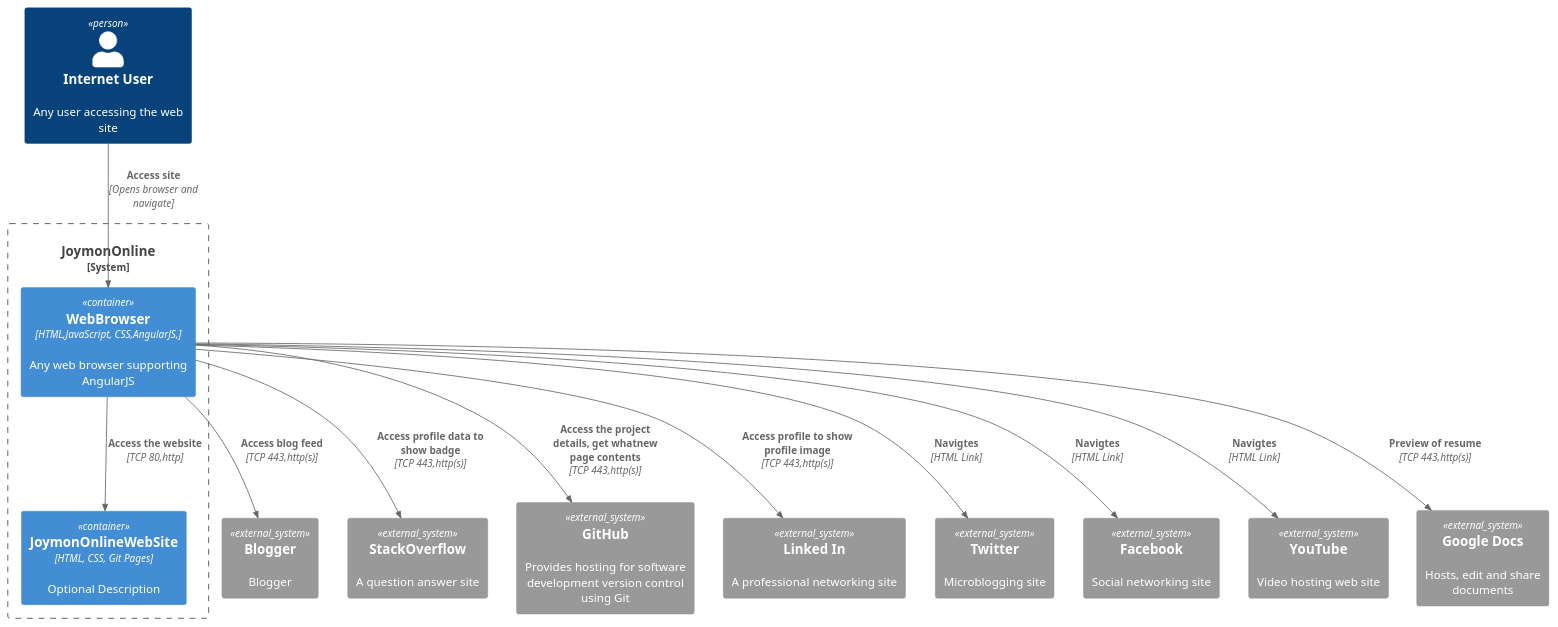
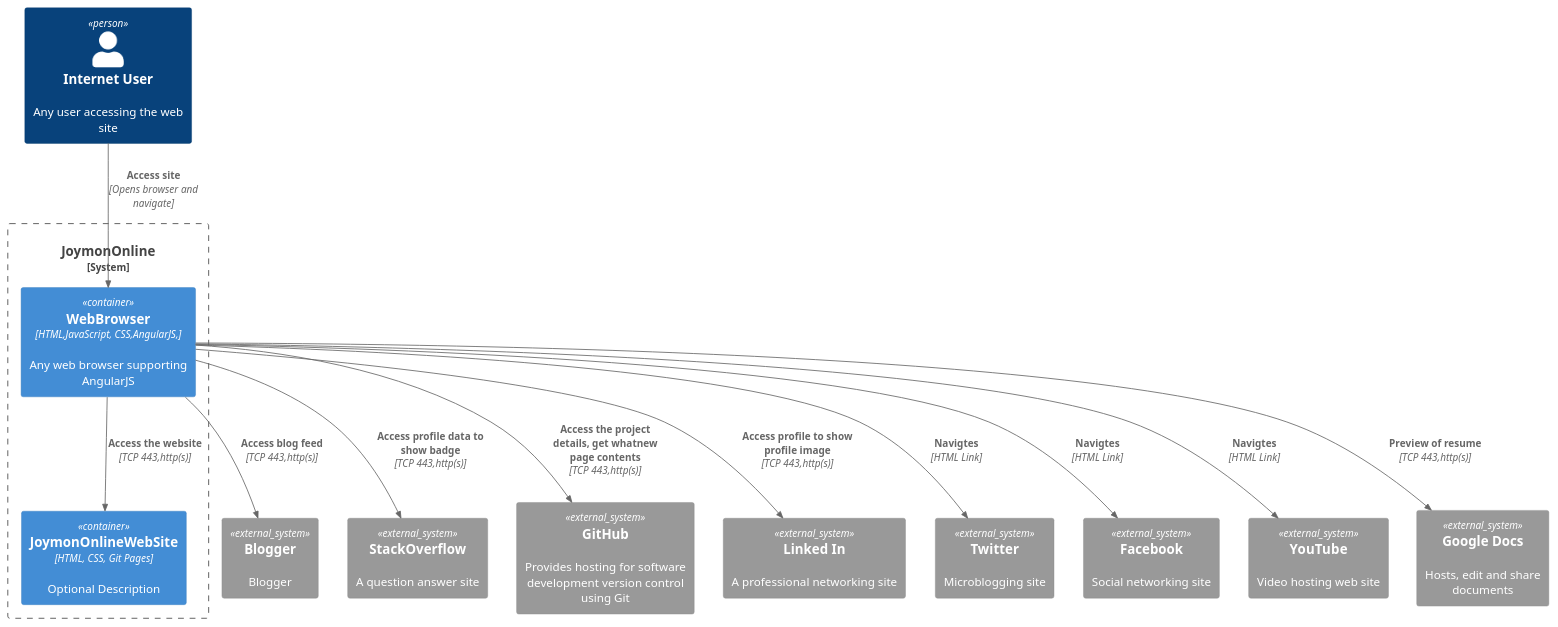
Before and after one commit to joymon/Demo-ASPNetIntergationTest: the diagram in diagrams/container.puml, drawn with PlantUML.

```diff
--- a/diagrams/container.puml
+++ b/diagrams/container.puml
@@ -1,28 +1,28 @@
 @startuml C4_Elements
 !includeurl https://raw.githubusercontent.com/RicardoNiepel/C4-PlantUML/release/1-0/C4_Container.puml
 
 Person(personAlias, "Internet User", "Any user accessing the web site")
 System_Boundary(joymononline, "JoymonOnline"){
     Container(browser,"WebBrowser","HTML,JavaScript, CSS,AngularJS,","Any web browser supporting AngularJS")
     Container(joymonOnlineWebSite, "JoymonOnlineWebSite", "HTML, CSS, Git Pages", "Optional Description")
-    Rel(browser,joymonOnlineWebSite,"Access the website","TCP 80,http")
+    Rel(browser,joymonOnlineWebSite,"Access the website","TCP 443,http(s)")
 }
 
 System_Ext(blogger,"Blogger","Blogger")
 System_Ext(stackOverflow,"StackOverflow","A question answer site")
 System_Ext(github,"GitHub","Provides hosting for software development version control using Git")
 System_Ext(linkedIn,"Linked In","A professional networking site")
 System_Ext(twitter,"Twitter","Microblogging site")
 System_Ext(facebook,"Facebook","Social networking site")
 System_Ext(youtube,"YouTube","Video hosting web site")
 System_Ext(googleDocs,"Google Docs","Hosts, edit and share documents")
 Rel(browser,blogger,"Access blog feed","TCP 443,http(s)")
 Rel(browser,stackOverflow,"Access profile data to show badge","TCP 443,http(s)")
 Rel(personAlias, browser, "Access site", "Opens browser and navigate")
 Rel(browser,github,"Access the project details, get whatnew page contents","TCP 443,http(s)")
 Rel(browser,linkedIn,"Access profile to show profile image","TCP 443,http(s)")
 Rel(browser,twitter,"Navigtes","HTML Link")
 Rel(browser,facebook,"Navigtes","HTML Link")
 Rel(browser,youtube,"Navigtes","HTML Link")
 Rel(browser,googleDocs,"Preview of resume","TCP 443,http(s)")
 @enduml
```
